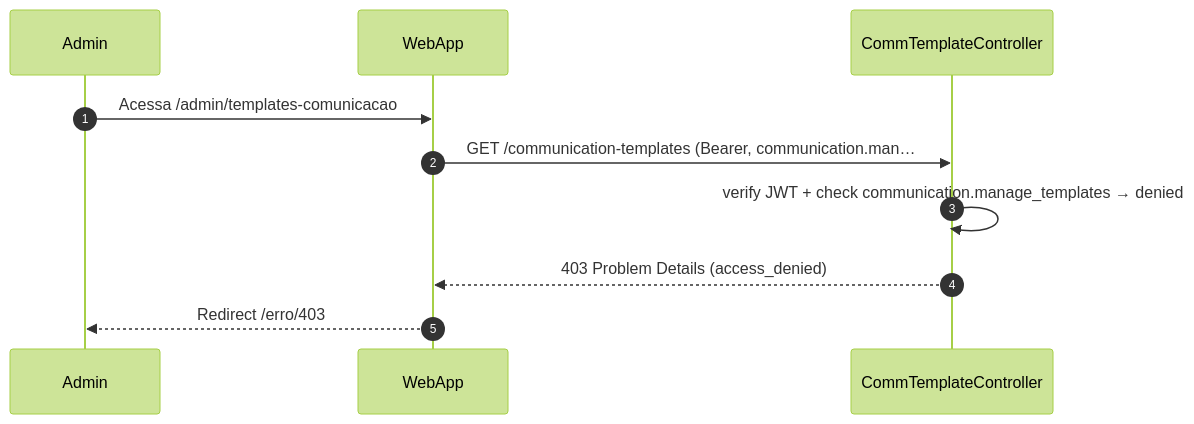
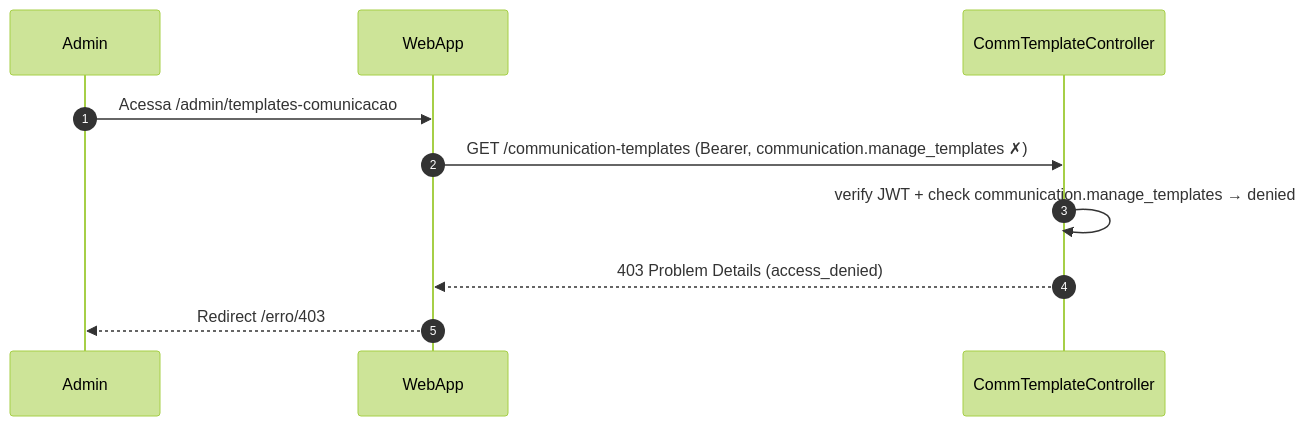
Before and after one commit to umishell/secretariaOnline2: the fifth of 5 diagrams in foundationDocs/sequenceDiagrams/F7 — Admin/US-F7-004-TEMPLATES-COMUNICACAO.md, drawn with Mermaid (forest theme). The commit also changed other lines of this file and 70 other files, not shown here.

First line of the commit message:
Enhance database documentation and introduce new schema files

````diff
--- a/foundationDocs/sequenceDiagrams/F7 — Admin/US-F7-004-TEMPLATES-COMUNICACAO.md
+++ b/foundationDocs/sequenceDiagrams/F7 — Admin/US-F7-004-TEMPLATES-COMUNICACAO.md
@@ -217,13 +217,13 @@
 ```mermaid
 sequenceDiagram
     autonumber
     participant Admin
     participant WebApp
     participant CTController as CommTemplateController
 
     Admin->>WebApp: Acessa /admin/templates-comunicacao
-    WebApp->>CTController: GET /communication-templates (Bearer, communication.man…
+    WebApp->>CTController: GET /communication-templates (Bearer, communication.manage_templates ✗)
     CTController->>CTController: verify JWT + check communication.manage_templates → denied
     CTController-->>WebApp: 403 Problem Details (access_denied)
     WebApp-->>Admin: Redirect /erro/403
 ```
````
